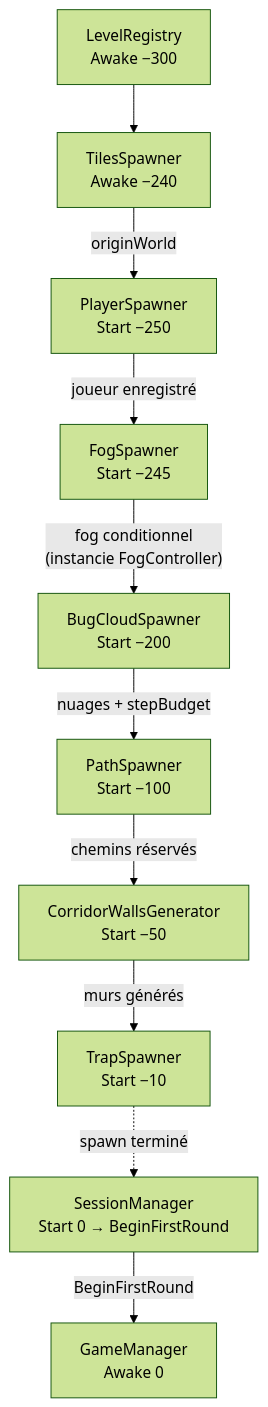
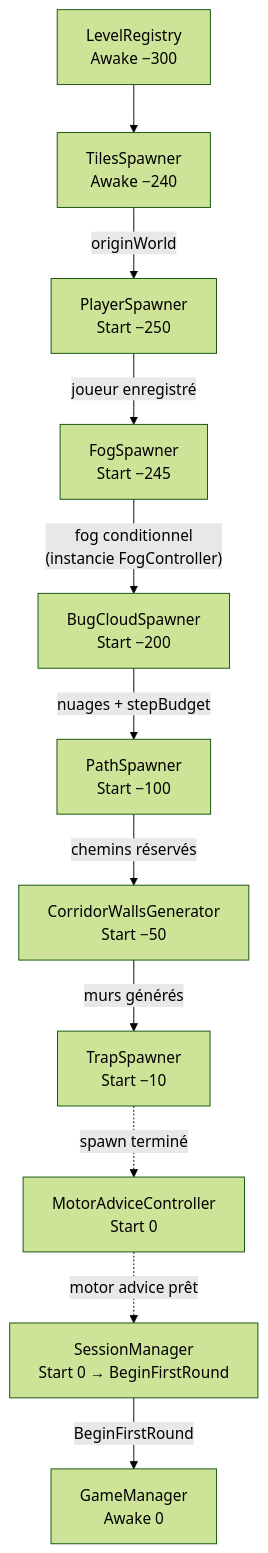
The first of 19 diagrams in Docs/TDD.md (PierreChagnon/BUGS), drawn with Mermaid (forest theme) before and after one commit. The commit also changed other lines of this file, not shown here.

Commit message:
proximal advice TDD update

````diff
--- a/Docs/TDD.md
+++ b/Docs/TDD.md
@@ -69,23 +69,25 @@
 ```mermaid
 graph TD
     LR["LevelRegistry\nAwake −300"]
     TS["TilesSpawner\nAwake −240"]
     GM["GameManager\nAwake 0"]
     PS["PlayerSpawner\nStart −250"]
     FS["FogSpawner\nStart −245"]
     BCS["BugCloudSpawner\nStart −200"]
     PaS["PathSpawner\nStart −100"]
     CWG["CorridorWallsGenerator\nStart −50"]
     TrS["TrapSpawner\nStart −10"]
+    MAC["MotorAdviceController\nStart 0"]
     SM["SessionManager\nStart 0 → BeginFirstRound"]
 
     LR --> TS
     TS -->|originWorld| PS
     PS -->|joueur enregistré| FS
     FS -->|"fog conditionnel\n(instancie FogController)"| BCS
     BCS -->|nuages + stepBudget| PaS
     PaS -->|chemins réservés| CWG
     CWG -->|murs générés| TrS
-    TrS -.->|spawn terminé| SM
+    TrS -.->|spawn terminé| MAC
+    MAC -.->|"motor advice prêt"| SM
     SM -->|BeginFirstRound| GM
 ```
````
